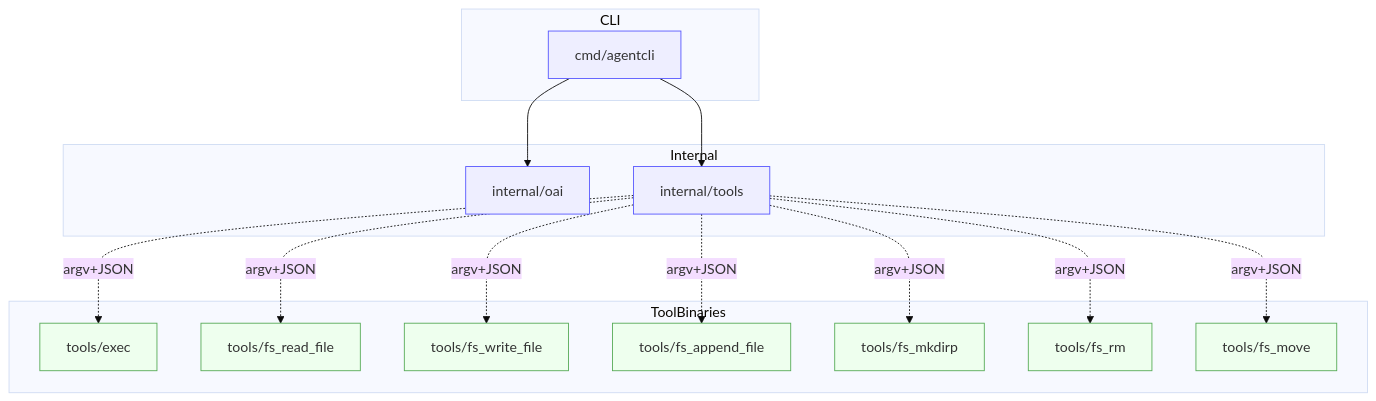
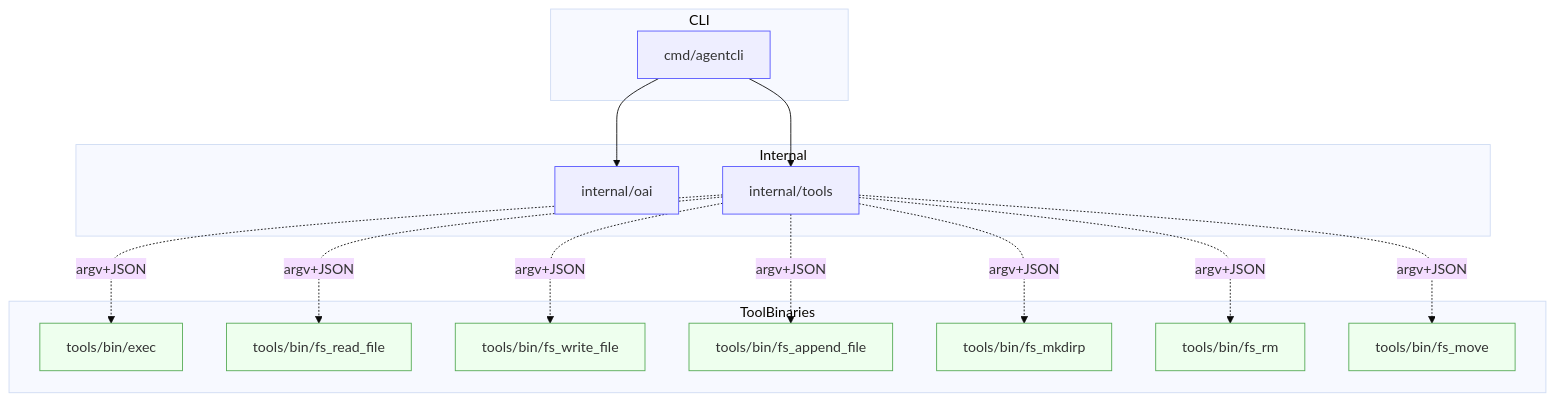
One commit to hyperifyio/goagent changed the diagram in docs/architecture/module-boundaries.md. Above: the diagram before and after it, drawn with Mermaid (base theme). The commit also changed other lines of this file, not shown here.

Commit message:
Align docs to tools/cmd sources and tools/bin outputs [S27:l90-architecture-doc-alignment]; update Mermaid nodes and build snippet to canonical layout.
Links: https://github.com/hyperifyio/goagent/issues/90

````diff
--- a/docs/architecture/module-boundaries.md
+++ b/docs/architecture/module-boundaries.md
@@ -29,34 +29,34 @@
 ```mermaid
 flowchart TD
   subgraph CLI
     CMD[cmd/agentcli]
   end
   subgraph Internal
     OAI[internal/oai]
     TOOLS[internal/tools]
   end
   subgraph ToolBinaries
-    TEXEC[tools/exec]
-    TREAD[tools/fs_read_file]
-    TWRITE[tools/fs_write_file]
-    TAPPEND[tools/fs_append_file]
-    TMKDIRP[tools/fs_mkdirp]
-    TRM[tools/fs_rm]
-    TMOVE[tools/fs_move]
+    TEXEC[tools/bin/exec]
+    TREAD[tools/bin/fs_read_file]
+    TWRITE[tools/bin/fs_write_file]
+    TAPPEND[tools/bin/fs_append_file]
+    TMKDIRP[tools/bin/fs_mkdirp]
+    TRM[tools/bin/fs_rm]
+    TMOVE[tools/bin/fs_move]
   end
 
   CMD --> OAI
   CMD --> TOOLS
   TOOLS -. argv+JSON .-> TEXEC
   TOOLS -. argv+JSON .-> TREAD
   TOOLS -. argv+JSON .-> TWRITE
   TOOLS -. argv+JSON .-> TAPPEND
   TOOLS -. argv+JSON .-> TMKDIRP
   TOOLS -. argv+JSON .-> TRM
   TOOLS -. argv+JSON .-> TMOVE
 
   classDef solid fill:#eef,stroke:#55f,stroke-width:1px;
   classDef tools fill:#efe,stroke:#5a5,stroke-width:1px;
   class CMD,OAI,TOOLS solid;
   class TEXEC,TREAD,TWRITE,TAPPEND,TMKDIRP,TRM,TMOVE tools;
 ```
````
